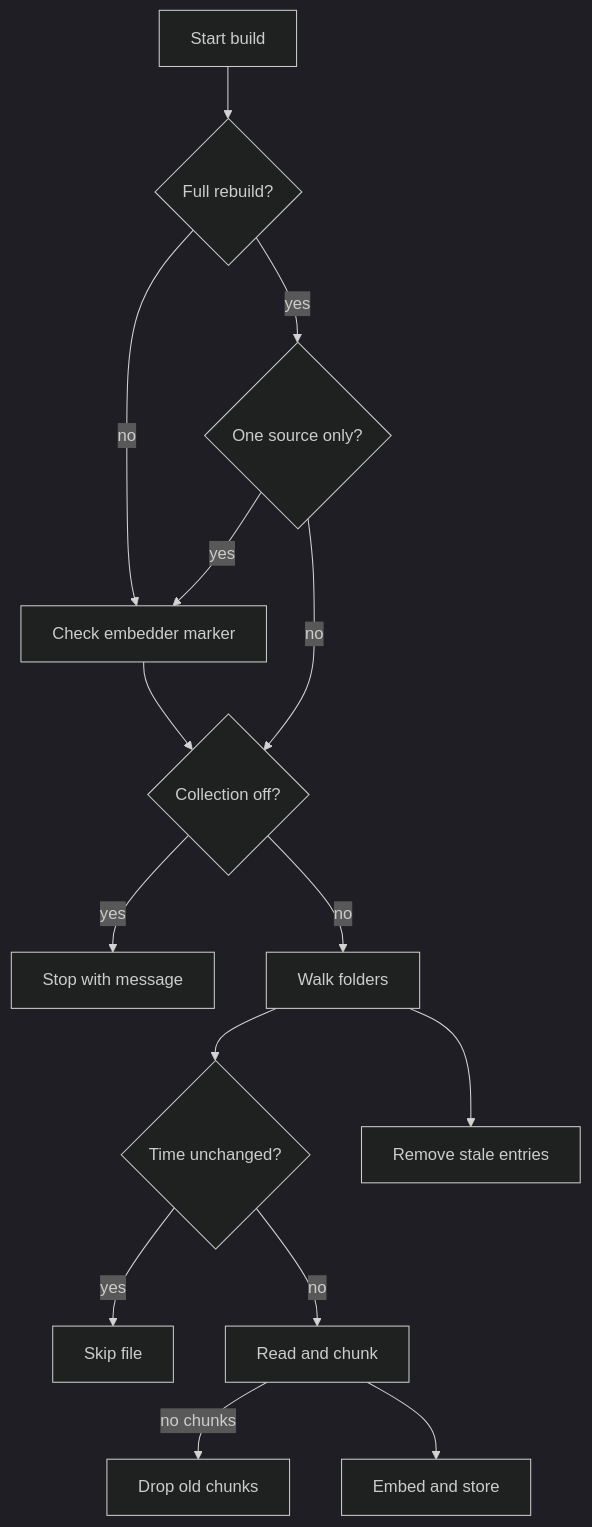
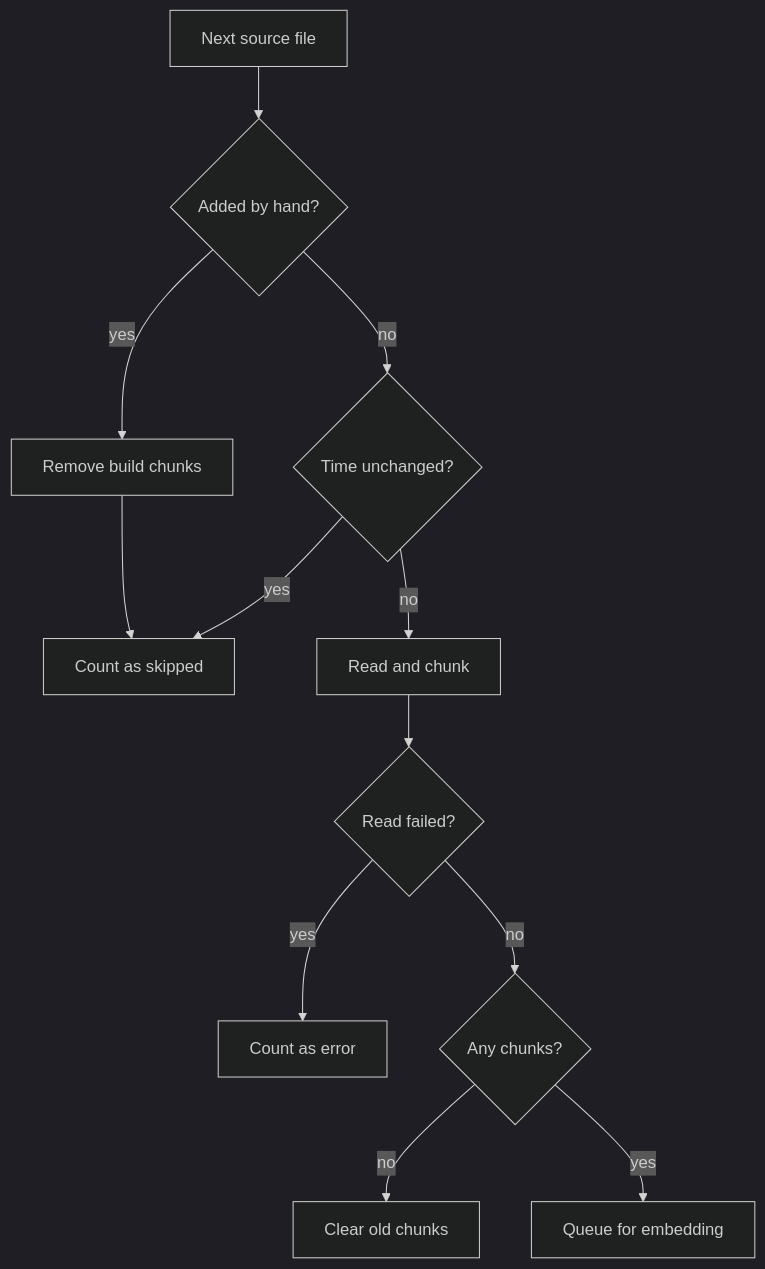
Before and after one commit to dipenpatel-dev/tollgate: the second of 2 diagrams in docs/scripts/search/build_index.md, drawn with Mermaid (dark theme). The commit also changed other lines of this file and 5 other files, not shown here.

````diff
--- a/docs/scripts/search/build_index.md
+++ b/docs/scripts/search/build_index.md
@@ -87,17 +112,23 @@
 ```mermaid
 flowchart TD
-  Start["Start build"] --> Full{"Full rebuild?"}
-  Full -->|no| Mark["Check embedder marker"]
-  Full -->|yes| Only{"One source only?"}
-  Only -->|yes| Mark
-  Only -->|no| Off
-  Mark --> Off{"Collection off?"}
-  Off -->|yes| Stop["Stop with message"]
-  Off -->|no| Walk["Walk folders"]
-  Walk --> Same{"Time unchanged?"}
-  Same -->|yes| Skip["Skip file"]
-  Same -->|no| Read["Read and chunk"]
-  Read -->|no chunks| Drop["Drop old chunks"]
-  Read --> Embed["Embed and store"]
-  Walk --> Clean["Remove stale entries"]
+  Start["Next source file"]
+  Tagged{"Added by hand?"}
+  DropBuilt["Remove build chunks"]
+  Fresh{"Time unchanged?"}
+  Read["Read and chunk"]
+  Failed{"Read failed?"}
+  Empty{"Any chunks?"}
+  Clear["Clear old chunks"]
+  Queue["Queue for embedding"]
+  Skipped["Count as skipped"]
+  Errored["Count as error"]
+  Start --> Tagged
+  Tagged -->|yes| DropBuilt --> Skipped
+  Tagged -->|no| Fresh
+  Fresh -->|yes| Skipped
+  Fresh -->|no| Read --> Failed
+  Failed -->|yes| Errored
+  Failed -->|no| Empty
+  Empty -->|no| Clear
+  Empty -->|yes| Queue
 ```
````
